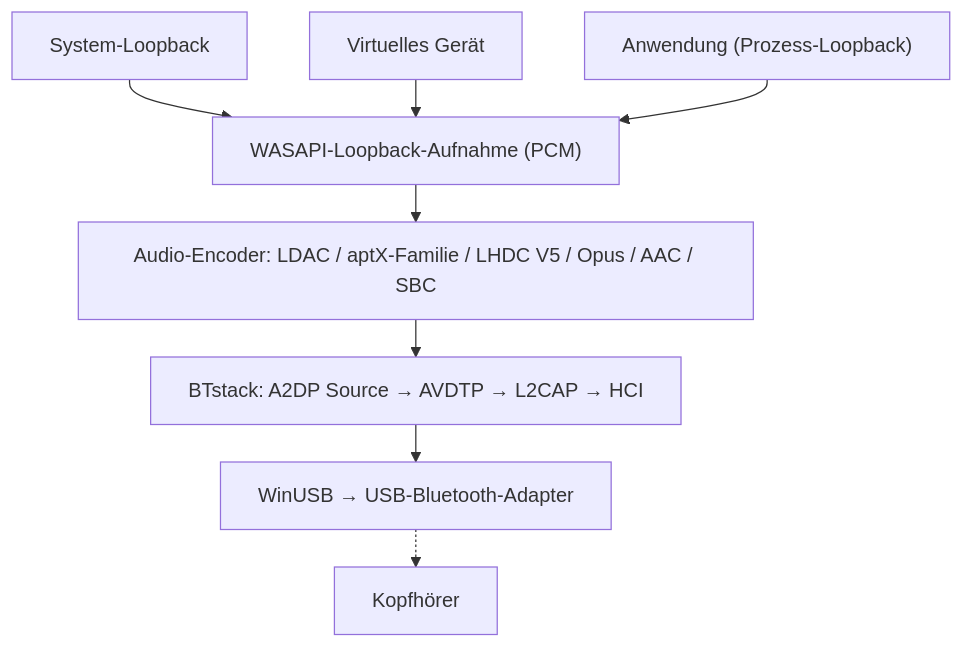
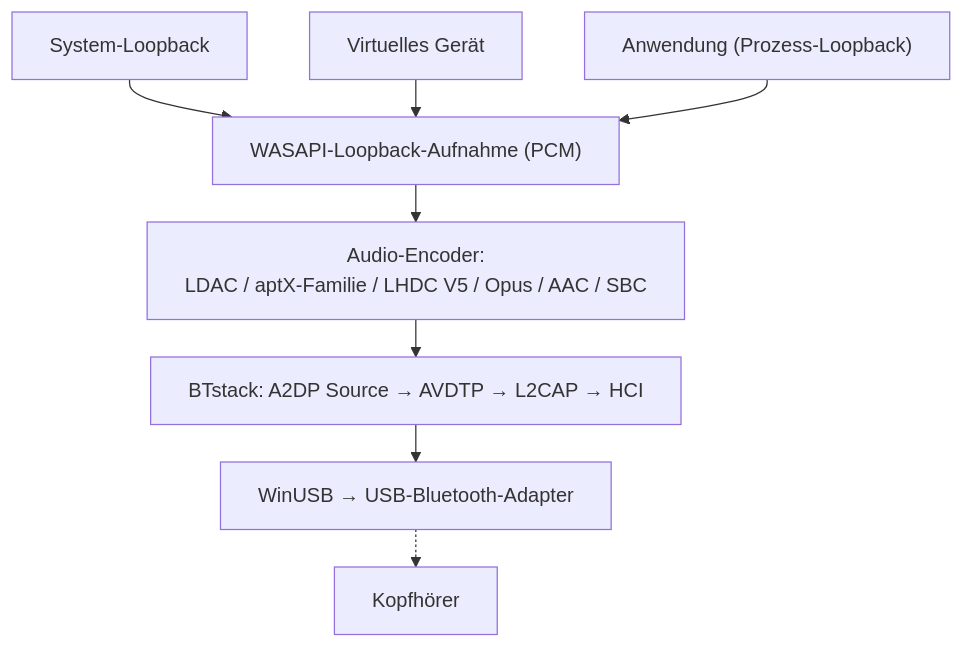
One commit to SeiyaFunaokaJP/BlueCaster changed the diagram in docs/de/index.md. Above: the diagram before and after it, drawn with Mermaid. The commit also changed 15 other files, not shown here.

First line of the commit message:
Docs: shorter lines in the sequence diagrams, encoder label on Home

````diff
--- a/docs/de/index.md
+++ b/docs/de/index.md
@@ -124,17 +124,17 @@
 ```mermaid
 ---
 config:
   flowchart:
     wrappingWidth: 480
     rankSpacing: 30
 ---
 flowchart TD
     s1["System-Loopback"]
     s2["Virtuelles Gerät"]
     s3["Anwendung (Prozess-Loopback)"]
     s1 & s2 & s3 --> cap["WASAPI-Loopback-Aufnahme (PCM)"]
-    cap --> enc["Audio-Encoder: LDAC / aptX-Familie / LHDC V5 / Opus / AAC / SBC"]
+    cap --> enc["Audio-Encoder:<br>LDAC / aptX-Familie / LHDC V5 / Opus / AAC / SBC"]
     enc --> bt["BTstack: A2DP Source → AVDTP → L2CAP → HCI"]
     bt --> usb["WinUSB → USB-Bluetooth-Adapter"]
     usb -.-> hp["Kopfhörer"]
 ```
````
